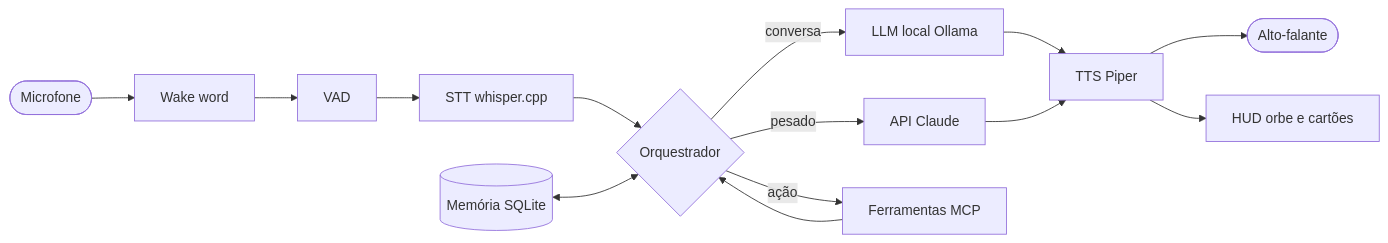
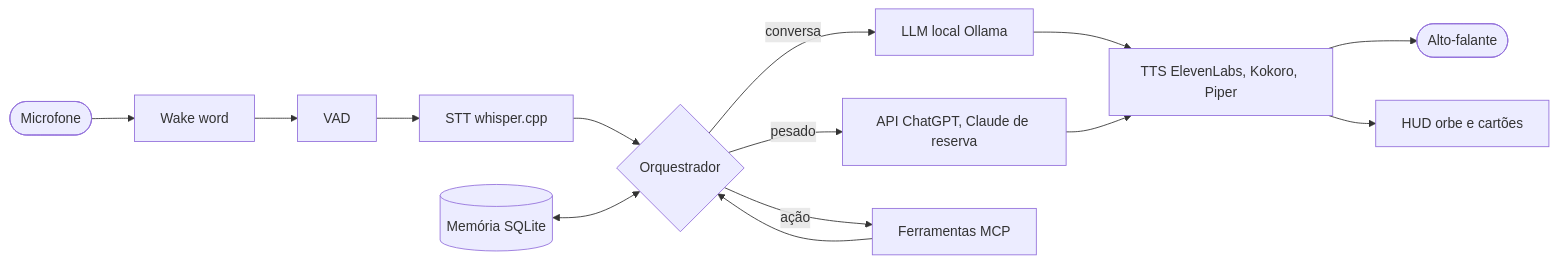
One commit to Gabitoprof/Nora changed the third of 4 diagrams in docs/MAPA_MENTAL.md. Above: the diagram before and after it, drawn with Mermaid. The commit also changed other lines of this file and 11 other files, not shown here.

````diff
--- a/docs/MAPA_MENTAL.md
+++ b/docs/MAPA_MENTAL.md
@@ -144,14 +159,14 @@
 ```mermaid
 flowchart LR
   mic(["Microfone"]) --> ww["Wake word"] --> vad["VAD"] --> stt["STT whisper.cpp"]
   stt --> orq{"Orquestrador"}
   orq -->|conversa| local["LLM local Ollama"]
-  orq -->|pesado| api["API Claude"]
+  orq -->|pesado| api["API ChatGPT, Claude de reserva"]
   orq -->|ação| mcp["Ferramentas MCP"]
   mem[("Memória SQLite")] <--> orq
-  local --> tts["TTS Piper"]
+  local --> tts["TTS ElevenLabs, Kokoro, Piper"]
   api --> tts
   mcp --> orq
   tts --> spk(["Alto-falante"])
   tts --> hud["HUD orbe e cartões"]
 ```
````
